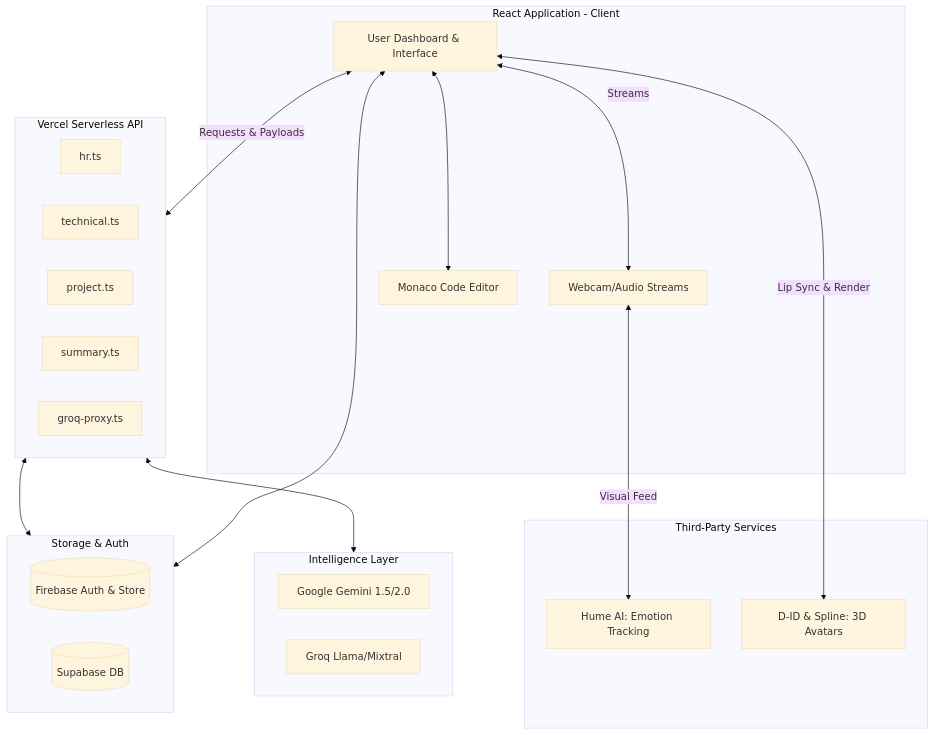
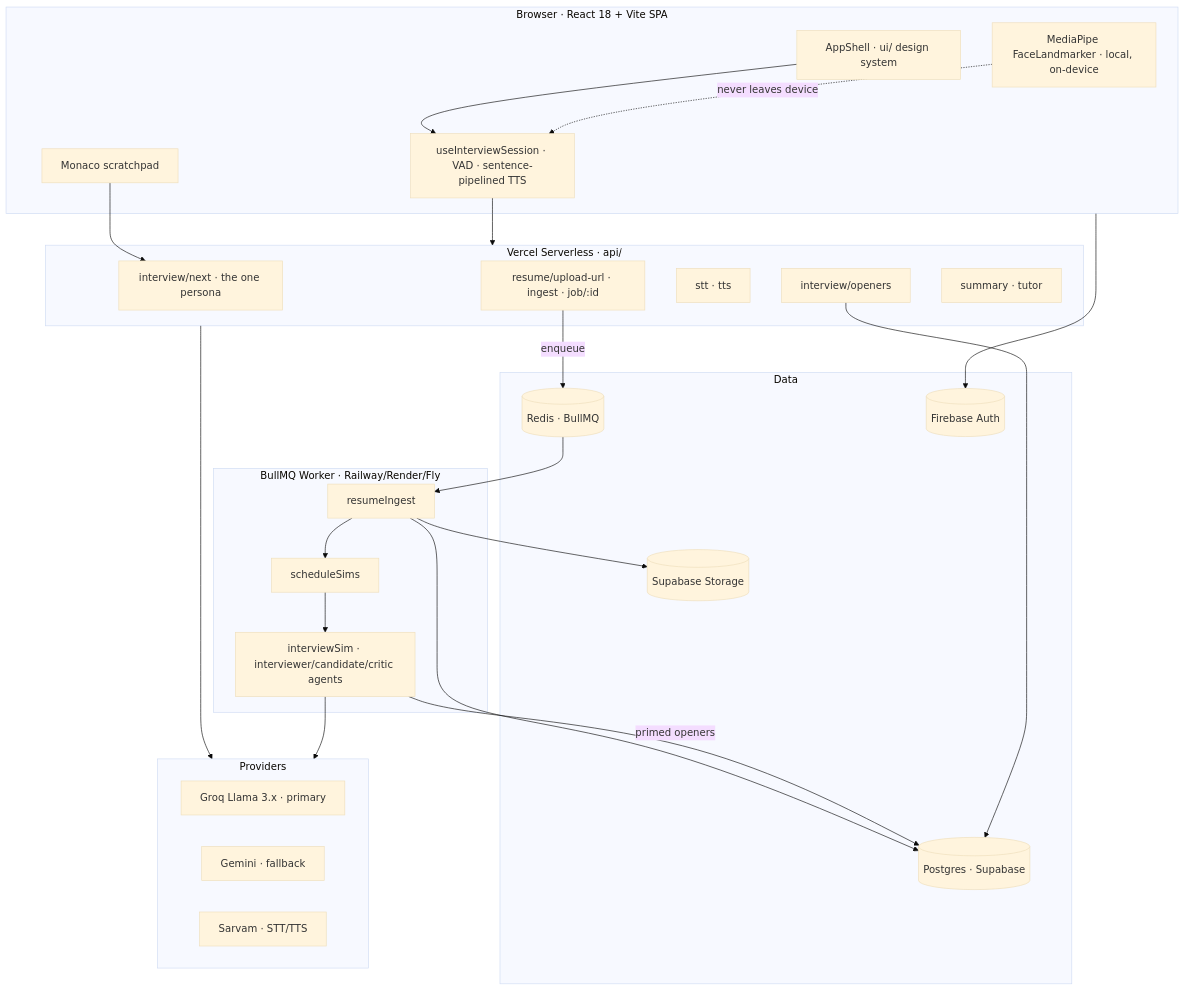
One commit to team-ASKA/NERV changed the diagram in README.md. Above: the diagram before and after it, drawn with Mermaid (base theme). The commit also changed other lines of this file and 32 other files, not shown here.

First line of the commit message:
Add interview simulation worker & primed openers

````diff
--- a/README.md
+++ b/README.md
@@ -21,40 +115,48 @@
 ```mermaid
 flowchart TD
-    subgraph Frontend [React Application - Client]
-        UI[User Dashboard & Interface]
-        Webcam[Webcam/Audio Streams]
-        Editor[Monaco Code Editor]
+    subgraph Client [Browser · React 18 + Vite SPA]
+        UI[AppShell · ui/ design system]
+        Session[useInterviewSession · VAD · sentence-pipelined TTS]
+        Face[MediaPipe FaceLandmarker · local, on-device]
+        Mono[Monaco scratchpad]
     end
 
-    subgraph External Engines [Third-Party Services]
-        Hume[Hume AI: Emotion Tracking]
-        DID[D-ID & Spline: 3D Avatars]
+    subgraph API [Vercel Serverless · api/]
+        Next[interview/next · the one persona]
+        Openers[interview/openers]
+        STT[stt · tts]
+        Upload[resume/upload-url · ingest · job/:id]
+        Sum[summary · tutor]
     end
 
-    subgraph Backend [Vercel Serverless API]
-        HR[hr.ts]
-        Tech[technical.ts]
-        Project[project.ts]
-        Summary[summary.ts]
-        GroqProxy[groq-proxy.ts]
+    subgraph Worker [BullMQ Worker · Railway/Render/Fly]
+        Ingest[resumeIngest]
+        Sched[scheduleSims]
+        Sim[interviewSim · interviewer/candidate/critic agents]
     end
 
-    subgraph AI/LLM [Intelligence Layer]
-        Gemini[Google Gemini 1.5/2.0]
-        Groq[Groq Llama/Mixtral]
+    subgraph Infra [Data]
+        Redis[(Redis · BullMQ)]
+        PG[(Postgres · Supabase)]
+        Store[(Supabase Storage)]
+        FB[(Firebase Auth)]
     end
 
-    subgraph Data [Storage & Auth]
-        Firebase[(Firebase Auth & Store)]
-        Supabase[(Supabase DB)]
+    subgraph Models [Providers]
+        Groq[Groq Llama 3.x · primary]
+        Gem[Gemini · fallback]
+        Sarvam[Sarvam · STT/TTS]
     end
 
-    UI <--> |Streams| Webcam
-    UI <--> Editor
-    Webcam <--> |Visual Feed| Hume
-    UI <--> |Lip Sync & Render | DID
-    UI <--> |Requests & Payloads| Backend
-    Backend <--> AI/LLM
-    UI <--> Data
-    Backend <--> Data
+    UI --> Session --> API
+    Face -.->|never leaves device| Session
+    Mono --> Next
+    Upload -->|enqueue| Redis --> Ingest --> Sched --> Sim
+    Ingest --> PG
+    Ingest --> Store
+    Sim -->|primed openers| PG
+    Openers --> PG
+    API --> Models
+    Sim --> Models
+    Client --> FB
 ```
````
